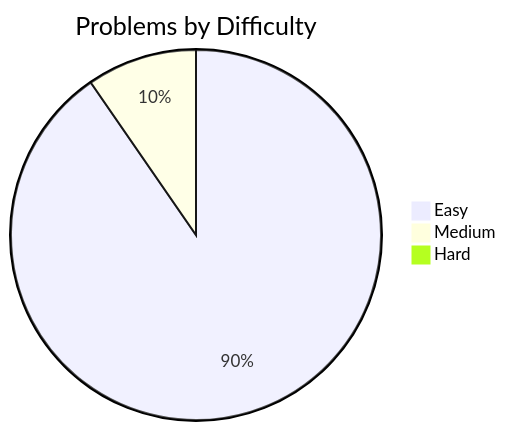
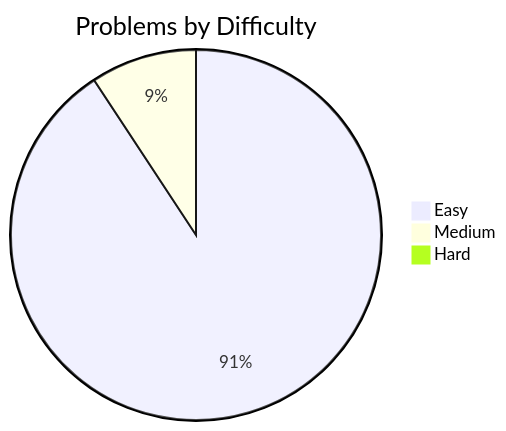
One commit to davelin18yufan/leetcode-journal changed the diagram in README.md. Above: the diagram before and after it, drawn with Mermaid. The commit also changed other lines of this file and 5 other files, not shown here.

````diff
--- a/README.md
+++ b/README.md
@@ -7,7 +7,7 @@
 ```mermaid
 pie
     title Problems by Difficulty
-    "Easy" : 47
+    "Easy" : 49
     "Medium" : 5
     "Hard" : 0
 ```
````
